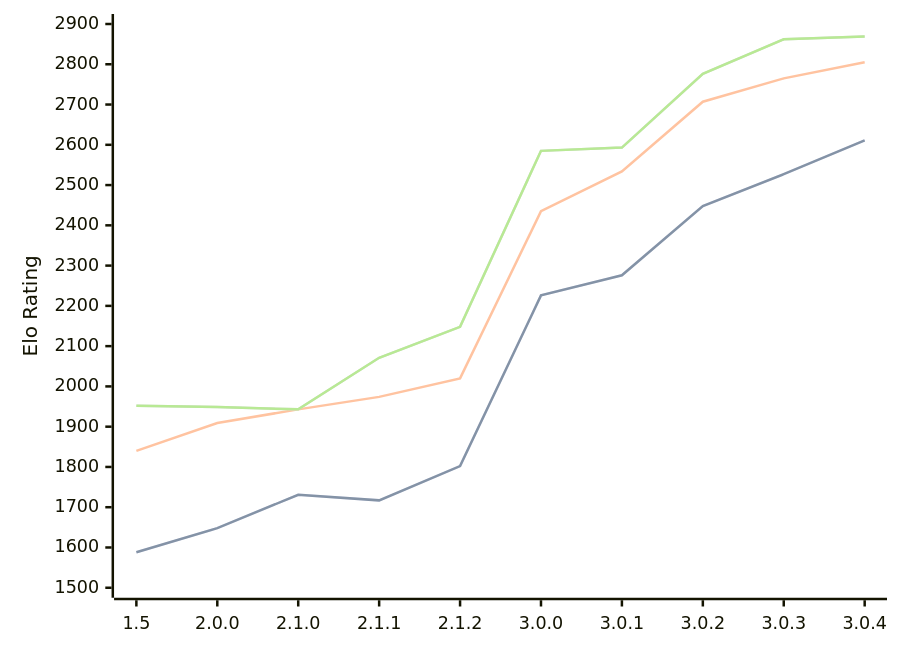
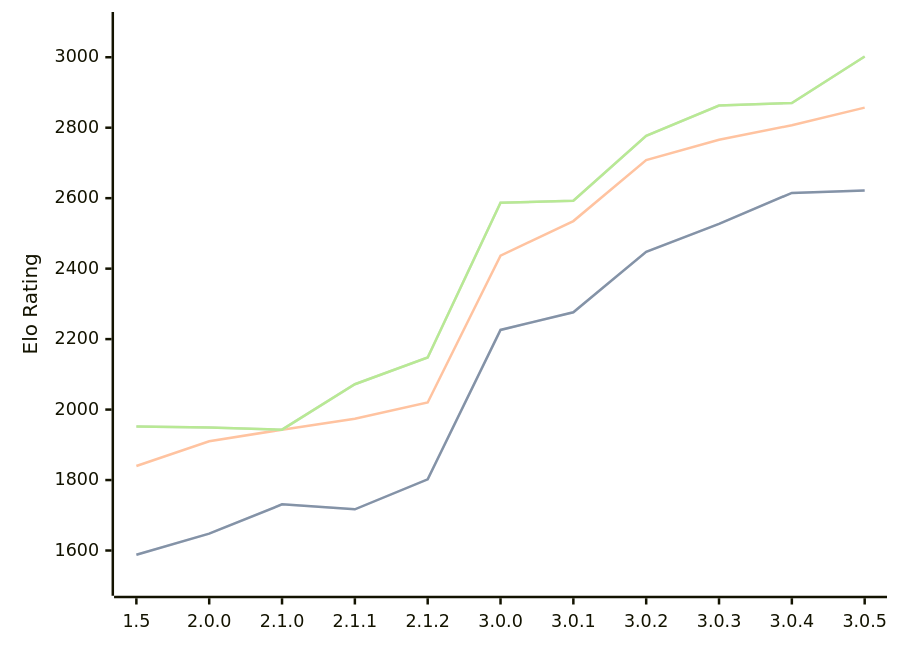
Before and after one commit to computer-chess-index/cci: the first of 3 diagrams in engines/Rudim.md, drawn with Mermaid. The commit also changed other lines of this file, not shown here.

Commit message:
Update CCI Ratings (ELO VLTC) - 2026-07-08

````diff
--- a/engines/Rudim.md
+++ b/engines/Rudim.md
@@ -51,11 +50,11 @@
 ```mermaid
 %%{init: {"theme":"base","themeVariables":{"seriesColors:['#a3a3a3','#222221','#faa371']}}}%%
 xychart-beta
-  x-axis ["1.5", "2.0.0", "2.1.0", "2.1.1", "2.1.2", "3.0.0", "3.0.1", "3.0.2", "3.0.3", "3.0.4"]
-  y-axis "Elo Rating" 1500 --> 2900
-  line "STC (8.0+0.08s)" [1588, 1648, 1731, 1717, 1802, 2226, 2276, 2448, 2527, 2611]
-  line "STC (8.0+0.08s)" [1588, 1648, 1731, 1717, 1802, 2226, 2276, 2448, 2527, 2611]
-  line "LTC (60.0+0.60s)" [1840, 1909, 1943, 1974, 2020, 2435, 2534, 2707, 2765, 2805]
-  line "VLTC (2m24s+1.12s)" [1952, 1949, 1943, 2071, 2148, 2585, 2593, 2776, 2862, 2869]
-  line "VLTC (2m24s+1.12s)" [1952, 1949, 1943, 2071, 2148, 2585, 2593, 2776, 2862, 2869]
+  x-axis ["1.5", "2.0.0", "2.1.0", "2.1.1", "2.1.2", "3.0.0", "3.0.1", "3.0.2", "3.0.3", "3.0.4", "3.0.5"]
+  y-axis "Elo Rating" 1500 --> 3100
+  line "STC (8.0+0.08s)" [1588, 1648, 1731, 1717, 1802, 2226, 2276, 2448, 2527, 2615, 2622]
+  line "STC (8.0+0.08s)" [1588, 1648, 1731, 1717, 1802, 2226, 2276, 2448, 2527, 2615, 2622]
+  line "LTC (60.0+0.60s)" [1840, 1910, 1943, 1974, 2020, 2437, 2535, 2708, 2766, 2807, 2857]
+  line "VLTC (2m24s+1.12s)" [1952, 1949, 1943, 2072, 2148, 2587, 2593, 2777, 2863, 2870, 3002]
+  line "VLTC (2m24s+1.12s)" [1952, 1949, 1943, 2072, 2148, 2587, 2593, 2777, 2863, 2870, 3002]
 ```
````
